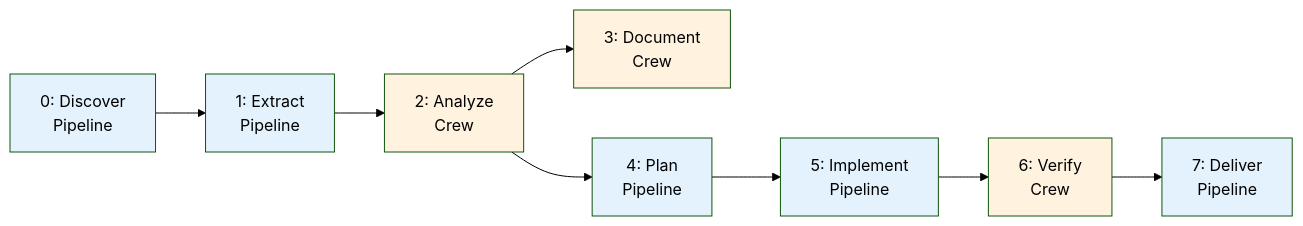
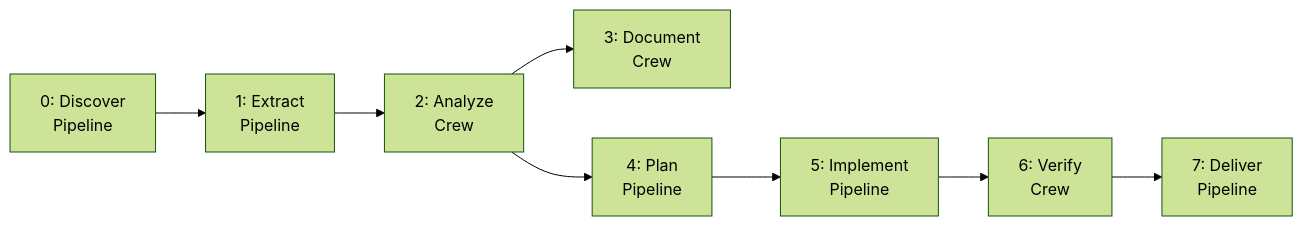
One commit to aymenmastouri/aicodegencrew changed the diagram in docs/architecture/phase-registry.md. Above: the diagram before and after it, drawn with Mermaid (forest theme). The commit also changed other lines of this file and 17 other files, not shown here.

````diff
--- a/docs/architecture/phase-registry.md
+++ b/docs/architecture/phase-registry.md
@@ -28,19 +31,10 @@
 ```mermaid
 graph LR
     discover["0: Discover<br/>Pipeline"] --> extract["1: Extract<br/>Pipeline"]
     extract --> analyze["2: Analyze<br/>Crew"]
     analyze --> document["3: Document<br/>Crew"]
     analyze --> plan["4: Plan<br/>Pipeline"]
     plan --> implement["5: Implement<br/>Pipeline"]
     implement --> verify["6: Verify<br/>Crew"]
     verify --> deliver["7: Deliver<br/>Pipeline"]
-
-    style discover fill:#e3f2fd
-    style extract fill:#e3f2fd
-    style analyze fill:#fff3e0
-    style document fill:#fff3e0
-    style plan fill:#e3f2fd
-    style implement fill:#e3f2fd
-    style verify fill:#fff3e0
-    style deliver fill:#e3f2fd
 ```
````
